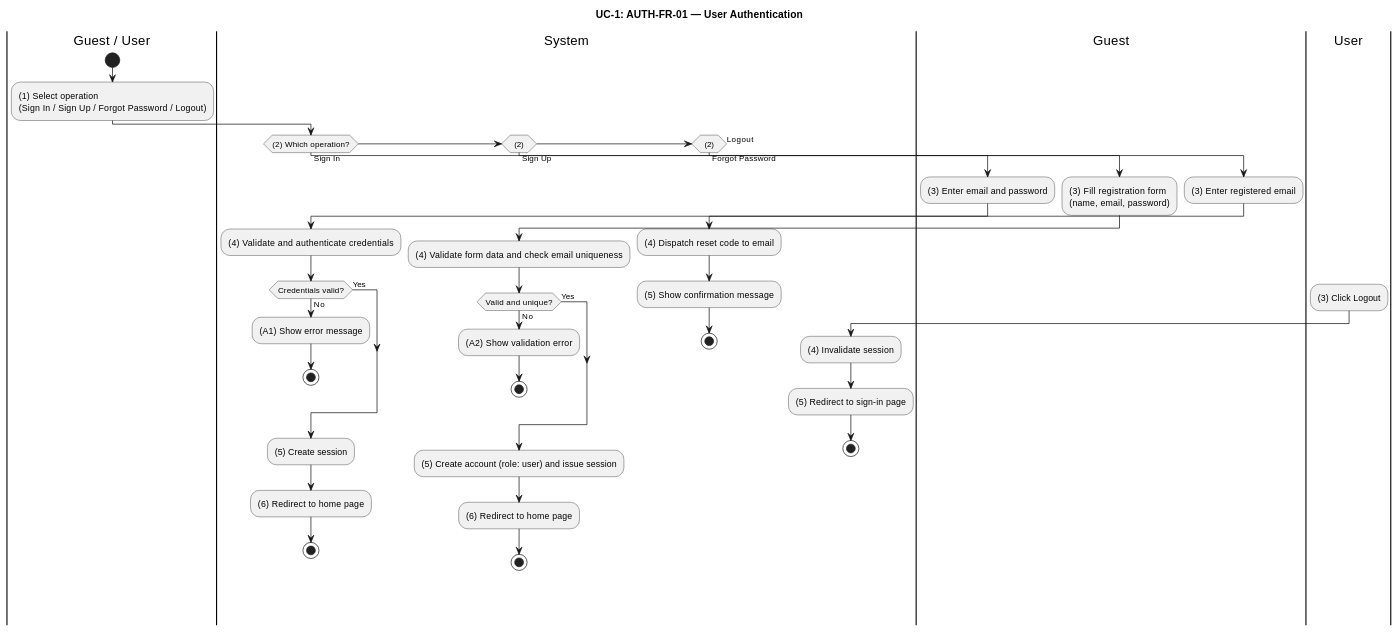
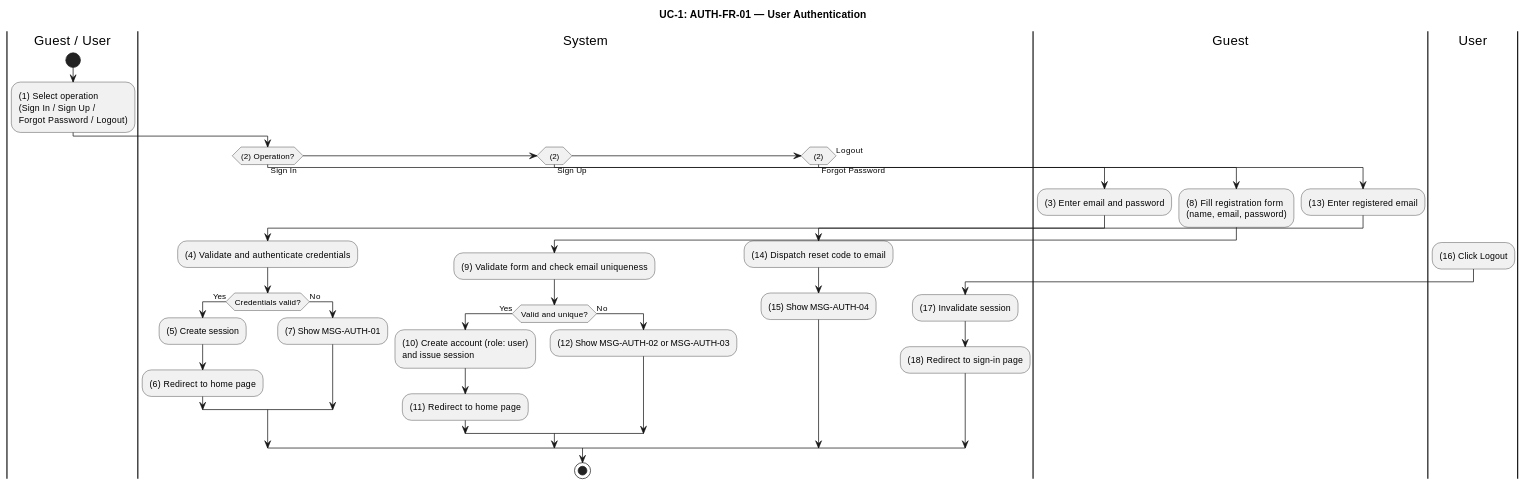
Before and after one commit to luubinhdeptrai/Food_Delivery: the first of 10 diagrams in apps/api/docs/Final_Documents/SRS_FoodDelivery.md, drawn with PlantUML. The commit also changed other lines of this file and 1 other file, not shown here.

````diff
--- a/apps/api/docs/Final_Documents/SRS_FoodDelivery.md
+++ b/apps/api/docs/Final_Documents/SRS_FoodDelivery.md
@@ -124,65 +126,49 @@
 ```plantuml
 @startuml UC1-User-Authentication
 title UC-1: AUTH-FR-01 — User Authentication
 skinparam ConditionEndStyle hline
+skinparam shadowing false
 
 |Guest / User|
 start
-:(1) Select operation\n(Sign In / Sign Up / Forgot Password / Logout);
+:(1) Select operation\n(Sign In / Sign Up /\nForgot Password / Logout);
 
 |System|
-if ((2) Which operation?) then (Sign In)
-
+if ((2) Operation?) then (Sign In)
   |Guest|
   :(3) Enter email and password;
-
   |System|
   :(4) Validate and authenticate credentials;
-  if (Credentials valid?) then (No)
-    :(A1) Show error message;
-    stop
-  else (Yes)
+  if (Credentials valid?) then (Yes)
+    :(5) Create session;
+    :(6) Redirect to home page;
+  else (No)
+    :(7) Show MSG-AUTH-01;
   endif
-  :(5) Create session;
-  :(6) Redirect to home page;
-  stop
-
 elseif ((2)) then (Sign Up)
-
   |Guest|
-  :(3) Fill registration form\n(name, email, password);
-
+  :(8) Fill registration form\n(name, email, password);
   |System|
-  :(4) Validate form data and check email uniqueness;
-  if (Valid and unique?) then (No)
-    :(A2) Show validation error;
-    stop
-  else (Yes)
+  :(9) Validate form and check email uniqueness;
+  if (Valid and unique?) then (Yes)
+    :(10) Create account (role: user)\nand issue session;
+    :(11) Redirect to home page;
+  else (No)
+    :(12) Show MSG-AUTH-02 or MSG-AUTH-03;
   endif
-  :(5) Create account (role: user) and issue session;
-  :(6) Redirect to home page;
-  stop
-
 elseif ((2)) then (Forgot Password)
-
   |Guest|
-  :(3) Enter registered email;
-
+  :(13) Enter registered email;
   |System|
-  :(4) Dispatch reset code to email;
-  :(5) Show confirmation message;
-  stop
-
+  :(14) Dispatch reset code to email;
+  :(15) Show MSG-AUTH-04;
 else (Logout)
-
   |User|
-  :(3) Click Logout;
-
+  :(16) Click Logout;
   |System|
-  :(4) Invalidate session;
-  :(5) Redirect to sign-in page;
-  stop
-
+  :(17) Invalidate session;
+  :(18) Redirect to sign-in page;
 endif
+stop
 @enduml
 ```
````
